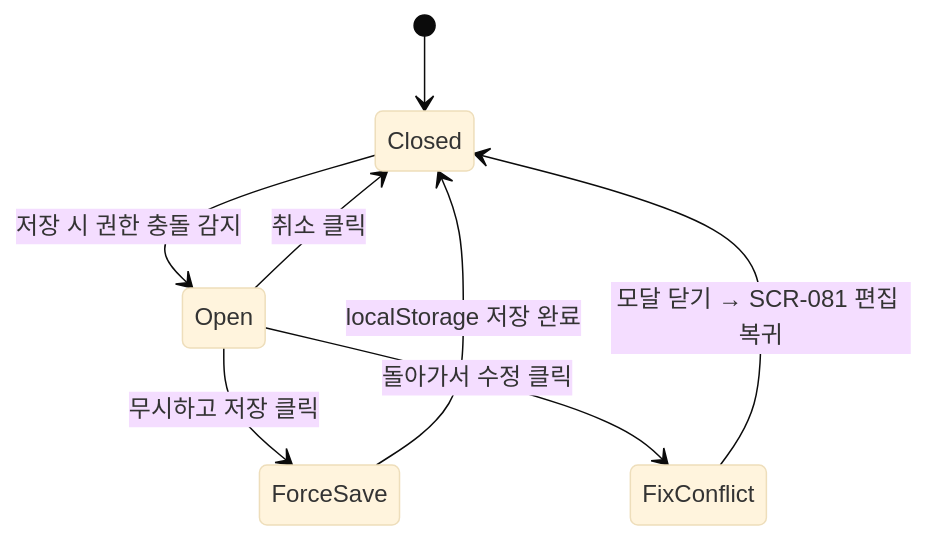
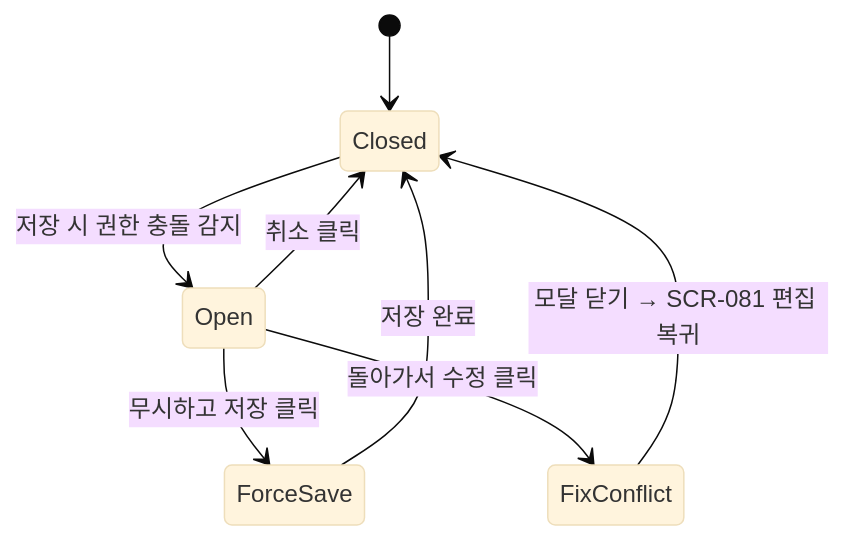
The diagram in docs/다이어그램/D09_설정관리/DLG/DLG-081-002_충돌경고/M1_생명주기.md (dev-spogym/admin-pando), drawn with Mermaid (base theme) before and after one commit. The commit also changed other lines of this file and 1660 other files, not shown here.

First line of the commit message:
다이어그램: 기획자/클라이언트 납품본으로 정리

````diff
--- a/docs/다이어그램/D09_설정관리/DLG/DLG-081-002_충돌경고/M1_생명주기.md
+++ b/docs/다이어그램/D09_설정관리/DLG/DLG-081-002_충돌경고/M1_생명주기.md
@@ -14,10 +12,10 @@
 ```mermaid
 stateDiagram-v2
     [*] --> Closed
     Closed --> Open: 저장 시 권한 충돌 감지
     Open --> ForceSave: 무시하고 저장 클릭
     Open --> FixConflict: 돌아가서 수정 클릭
     Open --> Closed: 취소 클릭
-    ForceSave --> Closed: localStorage 저장 완료
+    ForceSave --> Closed: 저장 완료
     FixConflict --> Closed: 모달 닫기 → SCR-081 편집 복귀
 ```
````
